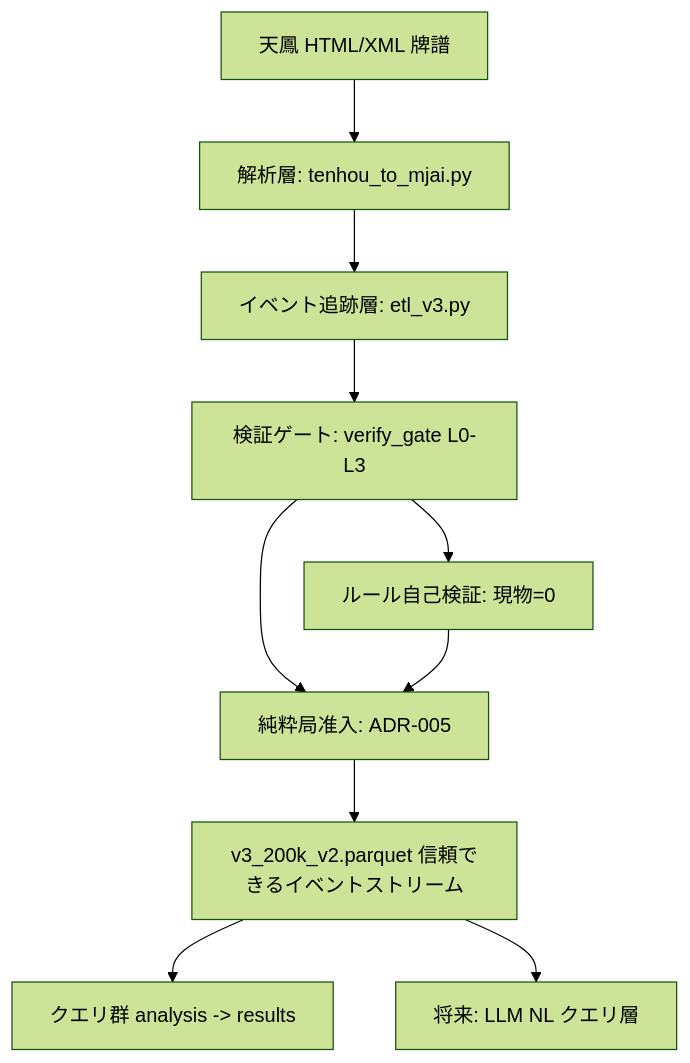
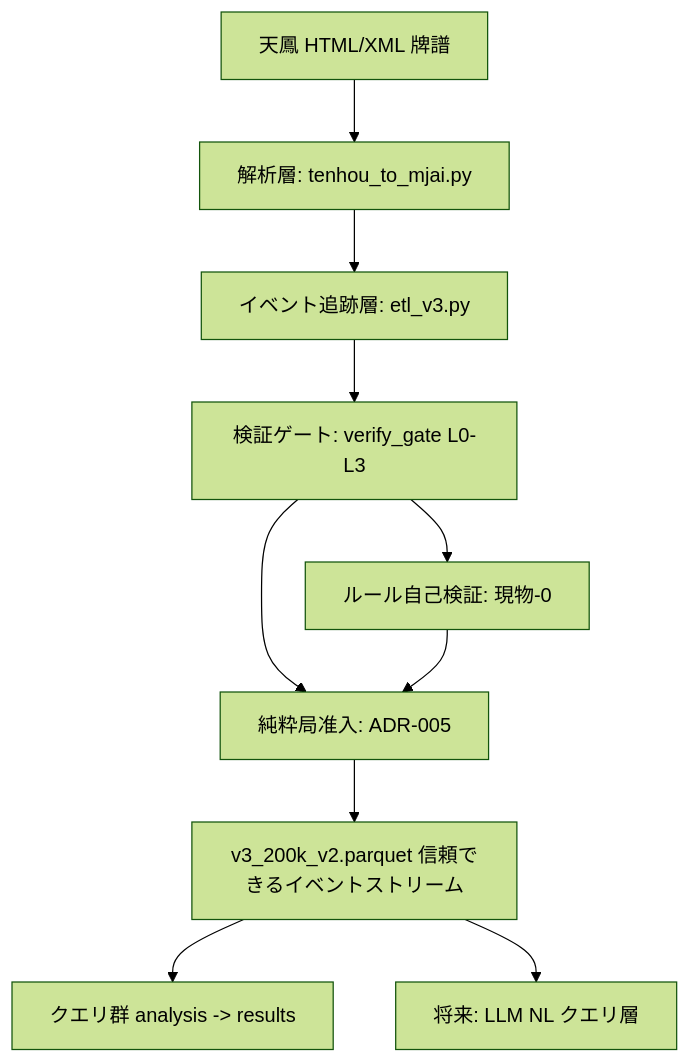
The diagram in README_JP.md (QSshuyunmu/riichi-database), drawn with Mermaid (forest theme) before and after one commit. The commit also changed 2 other files, not shown here.

Commit message:
Mermaid: remove = from node text for maximal compat

````diff
--- a/README_JP.md
+++ b/README_JP.md
@@ -33,21 +33,21 @@
 ```mermaid
 graph TD
     A["天鳳 HTML/XML 牌譜"]
     B["解析層: tenhou_to_mjai.py"]
     C["イベント追跡層: etl_v3.py"]
     D["検証ゲート: verify_gate L0-L3"]
-    E["ルール自己検証: 現物=0"]
+    E["ルール自己検証: 現物-0"]
     F["純粋局准入: ADR-005"]
     G["v3_200k_v2.parquet 信頼できるイベントストリーム"]
     H["クエリ群 analysis -> results"]
     I["将来: LLM NL クエリ層"]
     A --> B
     B --> C
     C --> D
     D --> E
     D --> F
     E --> F
     F --> G
     G --> H
     G --> I
 ```
````
